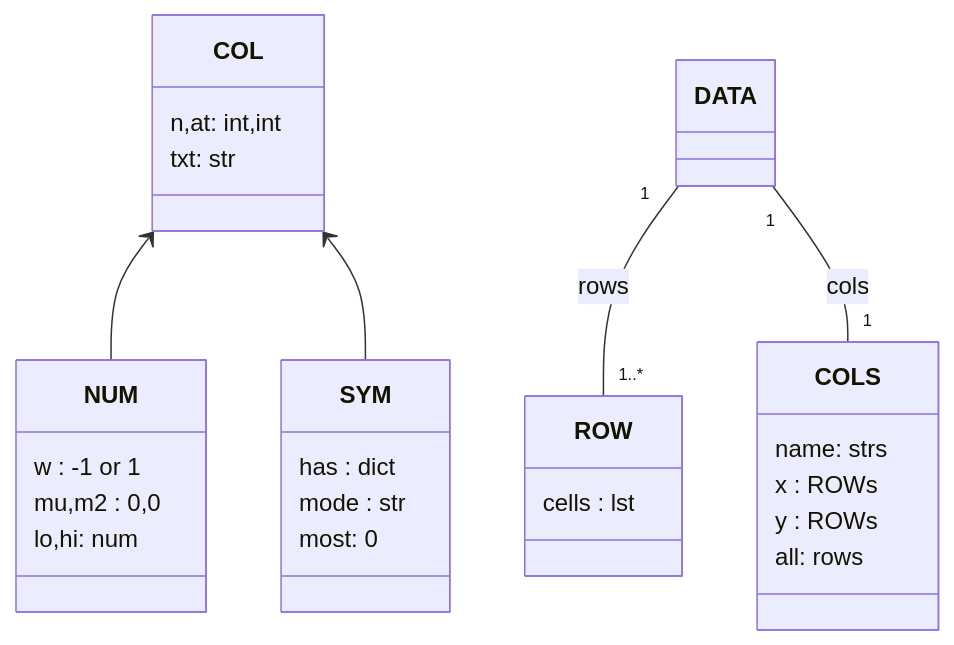
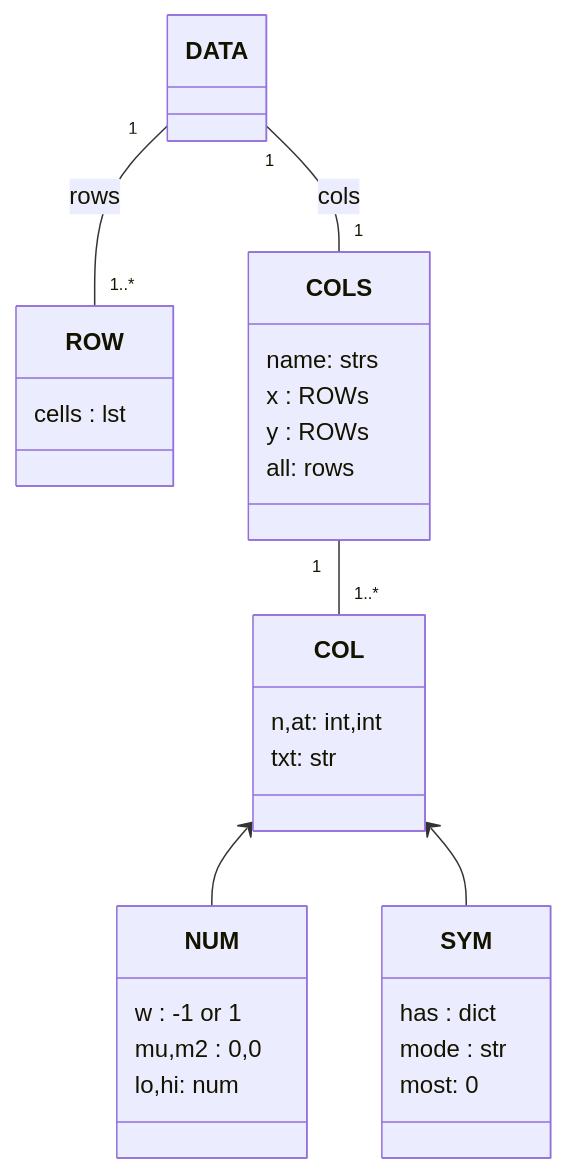
The diagram in docs/onScript.md (timm/tested), drawn with Mermaid before and after one commit.

````diff
--- a/docs/onScript.md
+++ b/docs/onScript.md
@@ -158,30 +158,31 @@
 ```mermaid
 classDiagram
 COL <--  NUM
 COL <--  SYM
 DATA "1" -- "1..*" ROW  : rows 
 DATA "1" -- "1" COLS  : cols
+COLS "1" -- "1..*" COL  
 class COLS {
    name: strs
    x : ROWs
    y : ROWs
    all: rows
 }
 class ROW {
   cells : lst
 }
 class COL {
   n,at: int,int
   txt: str
 }
 class NUM {
   w : -1 or 1
   mu,m2 : 0,0
   lo,hi: num
 }
 class SYM {
   has : dict
   mode : str
   most: 0
 }
 ```
````
